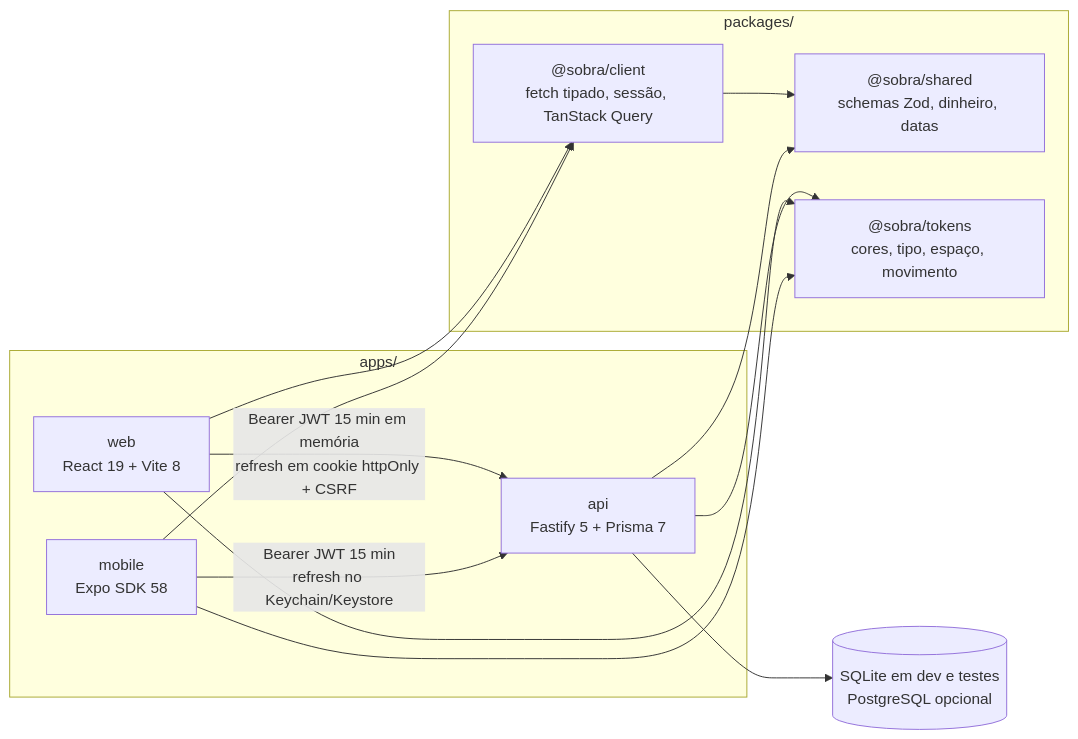
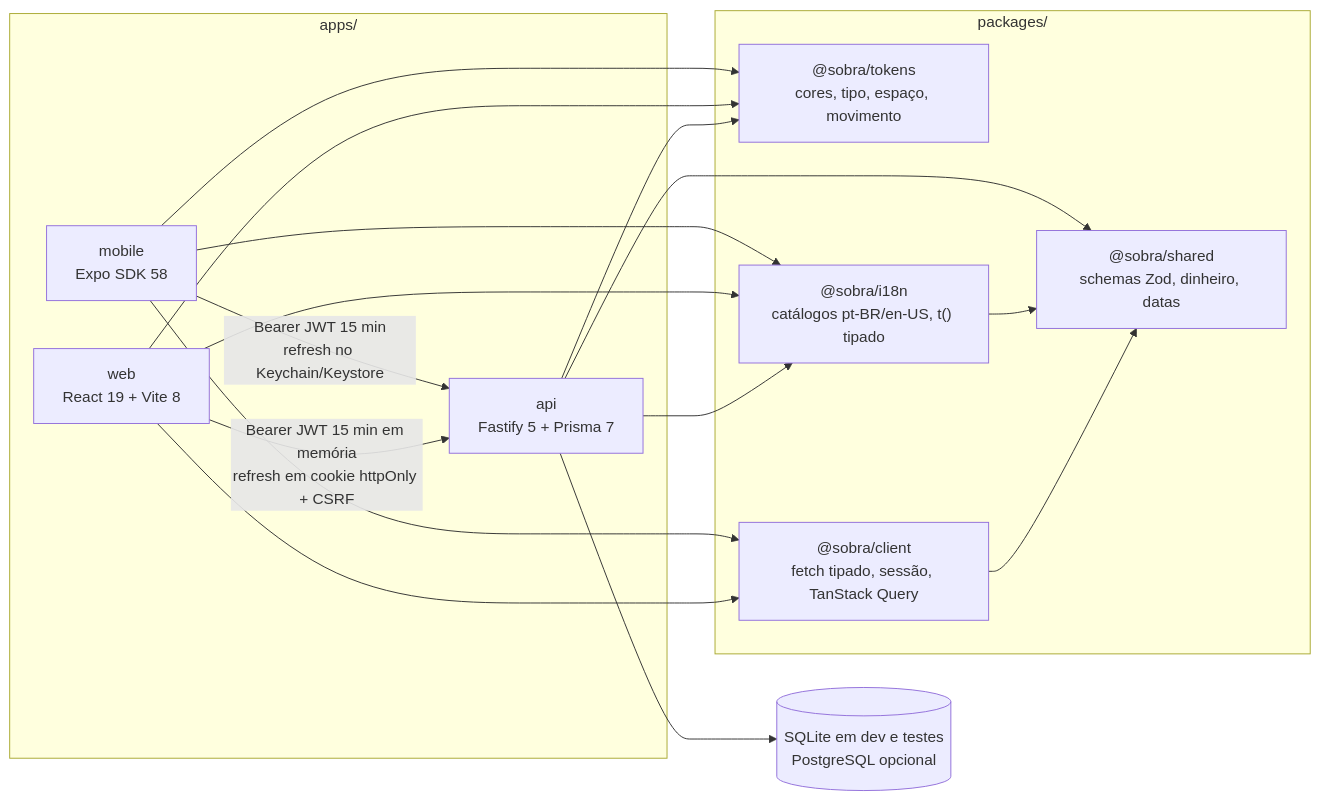
Before and after one commit to Felixdario/Sobra: the first of 2 diagrams in README.md, drawn with Mermaid. The commit also changed other lines of this file and 79 other files, not shown here.

````diff
--- a/README.md
+++ b/README.md
@@ -110,26 +110,31 @@
 ```mermaid
 flowchart LR
   subgraph pacotes["packages/"]
     shared["@sobra/shared<br/>schemas Zod, dinheiro, datas"]
     tokens["@sobra/tokens<br/>cores, tipo, espaço, movimento"]
     client["@sobra/client<br/>fetch tipado, sessão, TanStack Query"]
+    i18n["@sobra/i18n<br/>catálogos pt-BR/en-US, t() tipado"]
   end
   subgraph apps["apps/"]
     api["api<br/>Fastify 5 + Prisma 7"]
     web["web<br/>React 19 + Vite 8"]
     mobile["mobile<br/>Expo SDK 58"]
   end
   db[("SQLite em dev e testes<br/>PostgreSQL opcional")]
 
   client --> shared
+  i18n --> shared
+  api --> i18n
+  web --> i18n
+  mobile --> i18n
   api --> shared
   api --> tokens
   web --> client
   web --> tokens
   mobile --> client
   mobile --> tokens
   api --> db
 
   web -- "Bearer JWT 15 min em memória<br/>refresh em cookie httpOnly + CSRF" --> api
   mobile -- "Bearer JWT 15 min<br/>refresh no Keychain/Keystore" --> api
 ```
````
